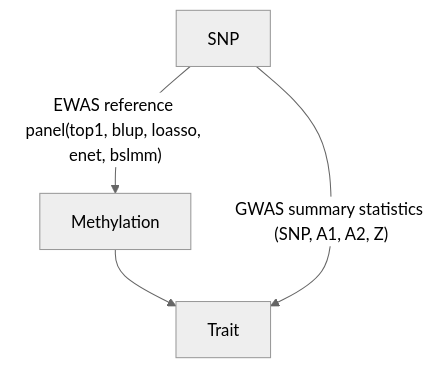
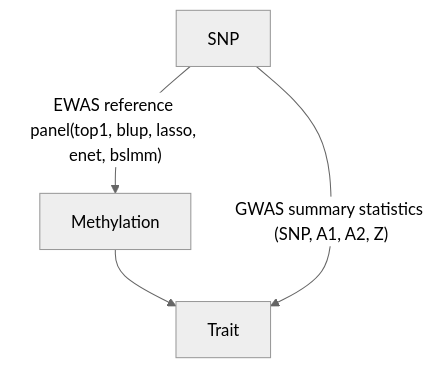
One commit to jinghuazhao/EWAS-fusion changed the second of 2 diagrams in README.md. Above: the diagram before and after it, drawn with Mermaid (neutral theme). The commit also changed other lines of this file, not shown here.

````diff
--- a/README.md
+++ b/README.md
@@ -75,7 +75,7 @@
 ```mermaid
 graph TB;
-SNP --> |"EWAS reference panel(top1, blup, loasso, enet, bslmm)"| Methylation;
+SNP --> |"EWAS reference panel(top1, blup, lasso, enet, bslmm)"| Methylation;
 Methylation --> Trait;
 SNP --> |"GWAS summary statistics (SNP, A1, A2, Z)"| Trait;
 
 ```
````
